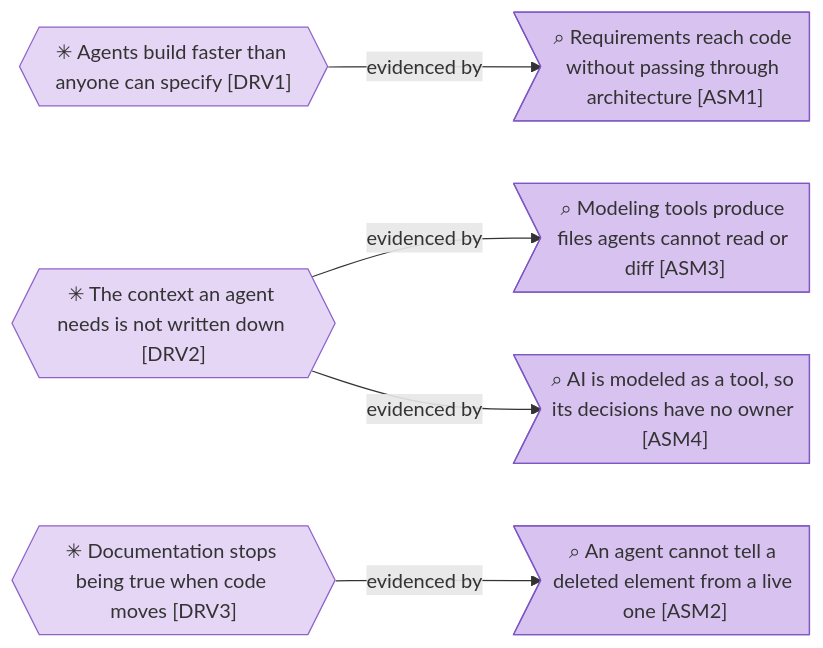
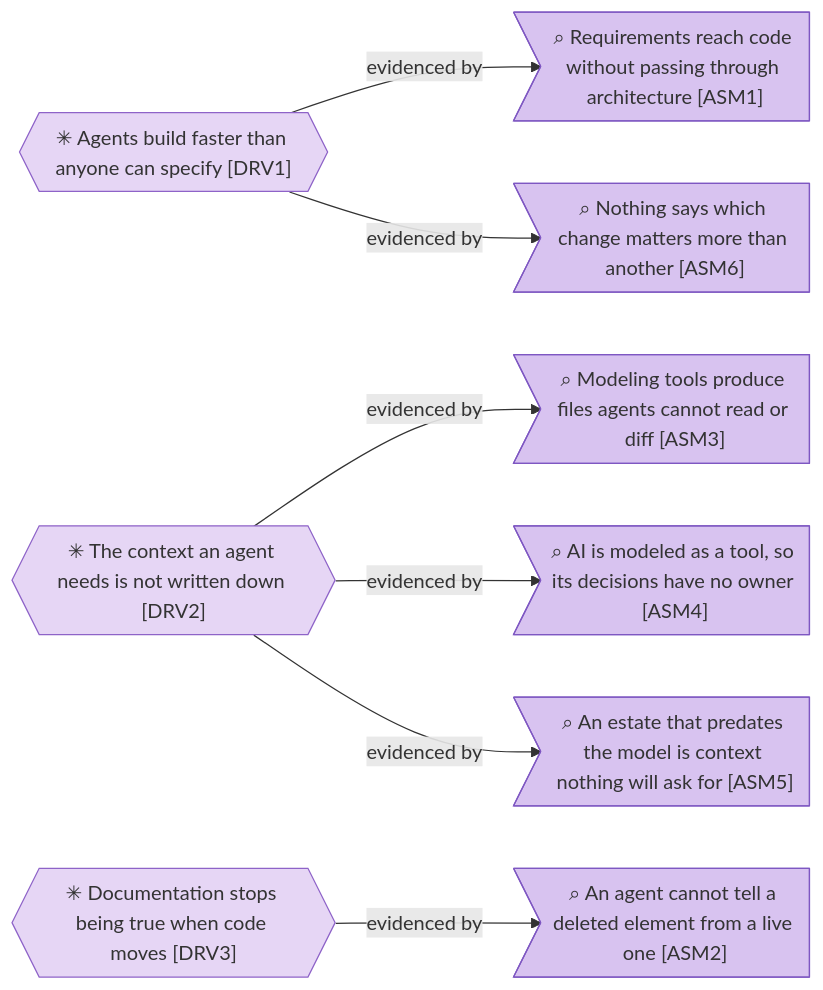
Before and after one commit to roanboc/architecture-archreator: the third of 4 diagrams in product-archreator/architecture/1_strategy/1_motivation.md, drawn with Mermaid. The commit also changed other lines of this file and 15 other files, not shown here.

````diff
--- a/product-archreator/architecture/1_strategy/1_motivation.md
+++ b/product-archreator/architecture/1_strategy/1_motivation.md
@@ -93,19 +93,23 @@
 ```mermaid
 flowchart LR
   drv1{{"✳ Agents build faster than anyone can specify [DRV1]"}}:::driver
   drv2{{"✳ The context an agent needs is not written down [DRV2]"}}:::driver
   drv3{{"✳ Documentation stops being true when code moves [DRV3]"}}:::driver
 
   asm1>"⌕ Requirements reach code without passing through architecture [ASM1]"]:::assessment
   asm2>"⌕ An agent cannot tell a deleted element from a live one [ASM2]"]:::assessment
   asm3>"⌕ Modeling tools produce files agents cannot read or diff [ASM3]"]:::assessment
   asm4>"⌕ AI is modeled as a tool, so its decisions have no owner [ASM4]"]:::assessment
+  asm5>"⌕ An estate that predates the model is context nothing will ask for [ASM5]"]:::assessment
+  asm6>"⌕ Nothing says which change matters more than another [ASM6]"]:::assessment
 
   drv1 -->|evidenced by| asm1
+  drv1 -->|evidenced by| asm6
   drv2 -->|evidenced by| asm3
   drv2 -->|evidenced by| asm4
+  drv2 -->|evidenced by| asm5
   drv3 -->|evidenced by| asm2
 
   classDef driver fill:#e6d6f5,stroke:#8e63c8,color:#333
   classDef assessment fill:#d8c3f0,stroke:#7e57c2,color:#333
 ```
````
